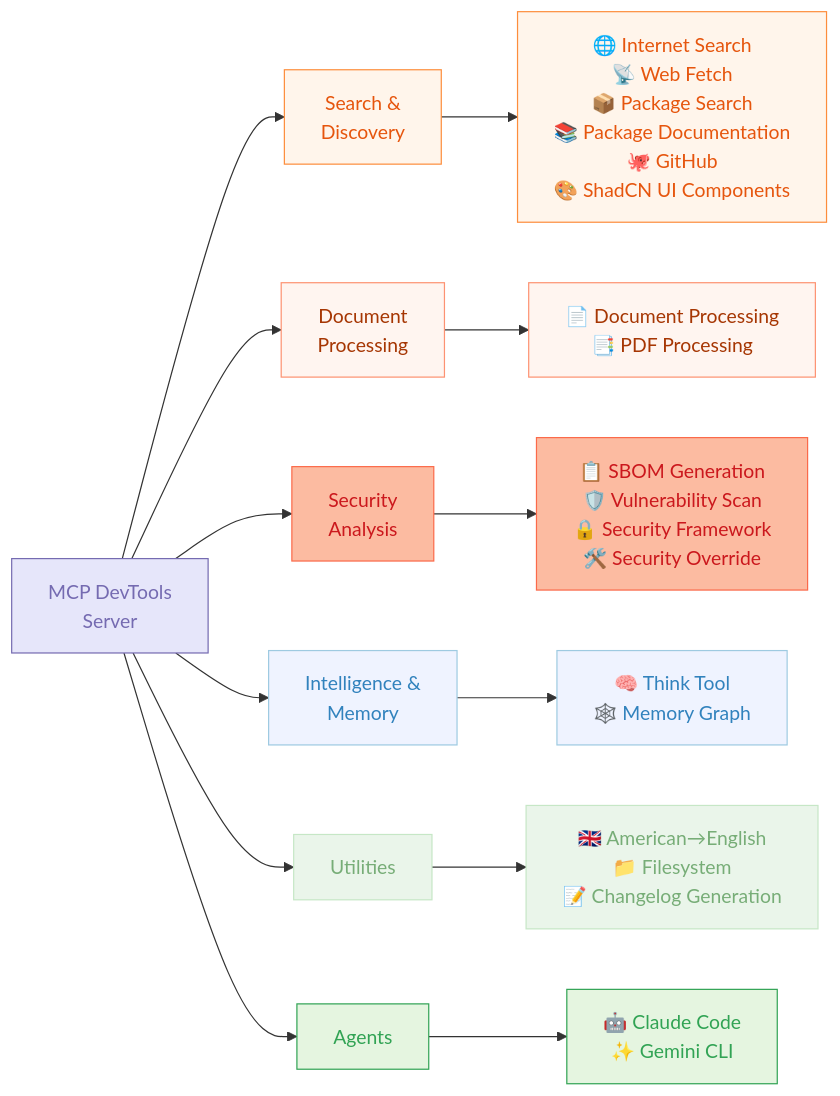
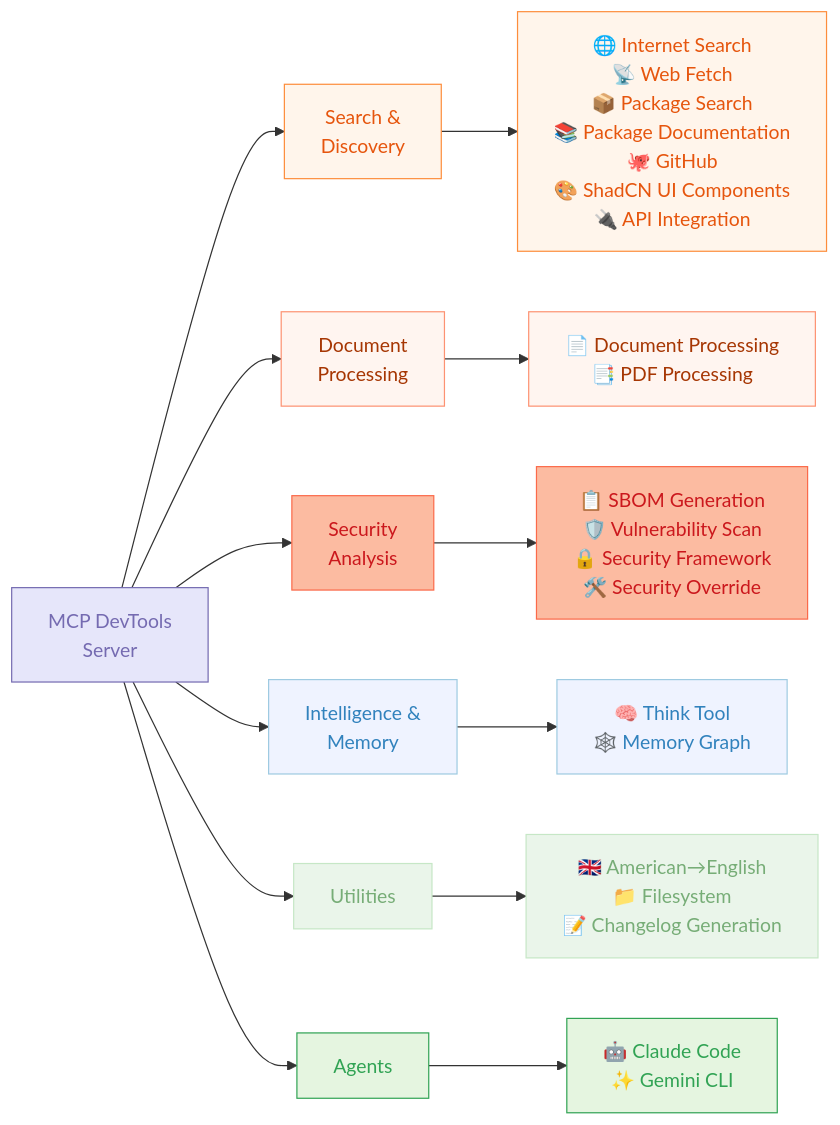
The diagram in README.md (sammcj/mcp-devtools), drawn with Mermaid before and after one commit. The commit also changed other lines of this file, not shown here.

Commit message:
feat: New tool: API2MCP

````diff
--- a/README.md
+++ b/README.md
@@ -5,42 +5,42 @@
 ```mermaid
 graph LR
     A[MCP DevTools<br>Server]
 
     A --> B[Search &<br>Discovery]
     A --> C[Document<br>Processing]
     A --> D[Security<br>Analysis]
     A --> E[Intelligence &<br>Memory]
     A --> F[Utilities]
     A --> G[Agents]
 
-    B --> B_Tools[🌐 Internet Search<br>📡 Web Fetch<br>📦 Package Search<br>📚 Package Documentation<br>🐙 GitHub<br>🎨 ShadCN UI Components]
+    B --> B_Tools[🌐 Internet Search<br>📡 Web Fetch<br>📦 Package Search<br>📚 Package Documentation<br>🐙 GitHub<br>🎨 ShadCN UI Components<br>🔌 API Integration]
 
     C --> C_Tools[📄 Document Processing<br>📑 PDF Processing]
 
     D --> D_Tools[📋 SBOM Generation<br>🛡️ Vulnerability Scan<br>🔒 Security Framework<br>🛠️ Security Override]
 
     E --> E_Tools[🧠 Think Tool<br>🕸️ Memory Graph]
 
     F --> F_Tools[🇬🇧 American→English<br>📁 Filesystem<br>📝 Changelog Generation]
 
     G --> G_Tools[🤖 Claude Code<br>✨ Gemini CLI]
 
     classDef inputOutput fill:#FEE0D2,stroke:#E6550D,color:#E6550D
     classDef llm fill:#E5F5E0,stroke:#31A354,color:#31A354
     classDef components fill:#E6E6FA,stroke:#756BB1,color:#756BB1
     classDef process fill:#EAF5EA,stroke:#C6E7C6,color:#77AD77
     classDef stop fill:#E5E1F2,stroke:#C7C0DE,color:#8471BF
     classDef data fill:#EFF3FF,stroke:#9ECAE1,color:#3182BD
     classDef decision fill:#FFF5EB,stroke:#FD8D3C,color:#E6550D
     classDef storage fill:#F2F0F7,stroke:#BCBDDC,color:#756BB1
     classDef api fill:#FFF5F0,stroke:#FD9272,color:#A63603
     classDef error fill:#FCBBA1,stroke:#FB6A4A,color:#CB181D
 
     class A components
     class B,B_Tools decision
     class C,C_Tools api
     class D,D_Tools error
     class E,E_Tools data
     class F,F_Tools process
     class G,G_Tools llm
 ```
````
